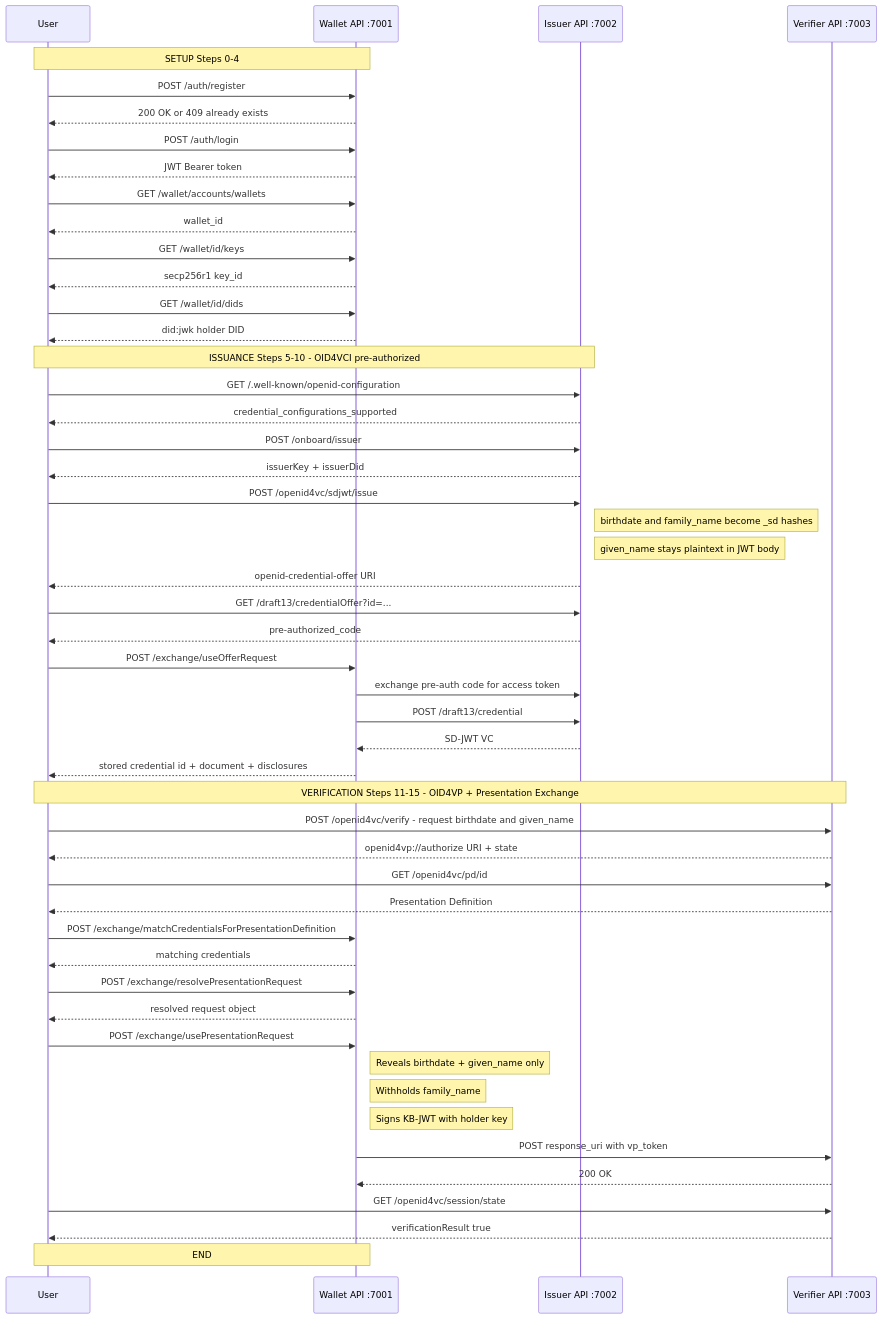
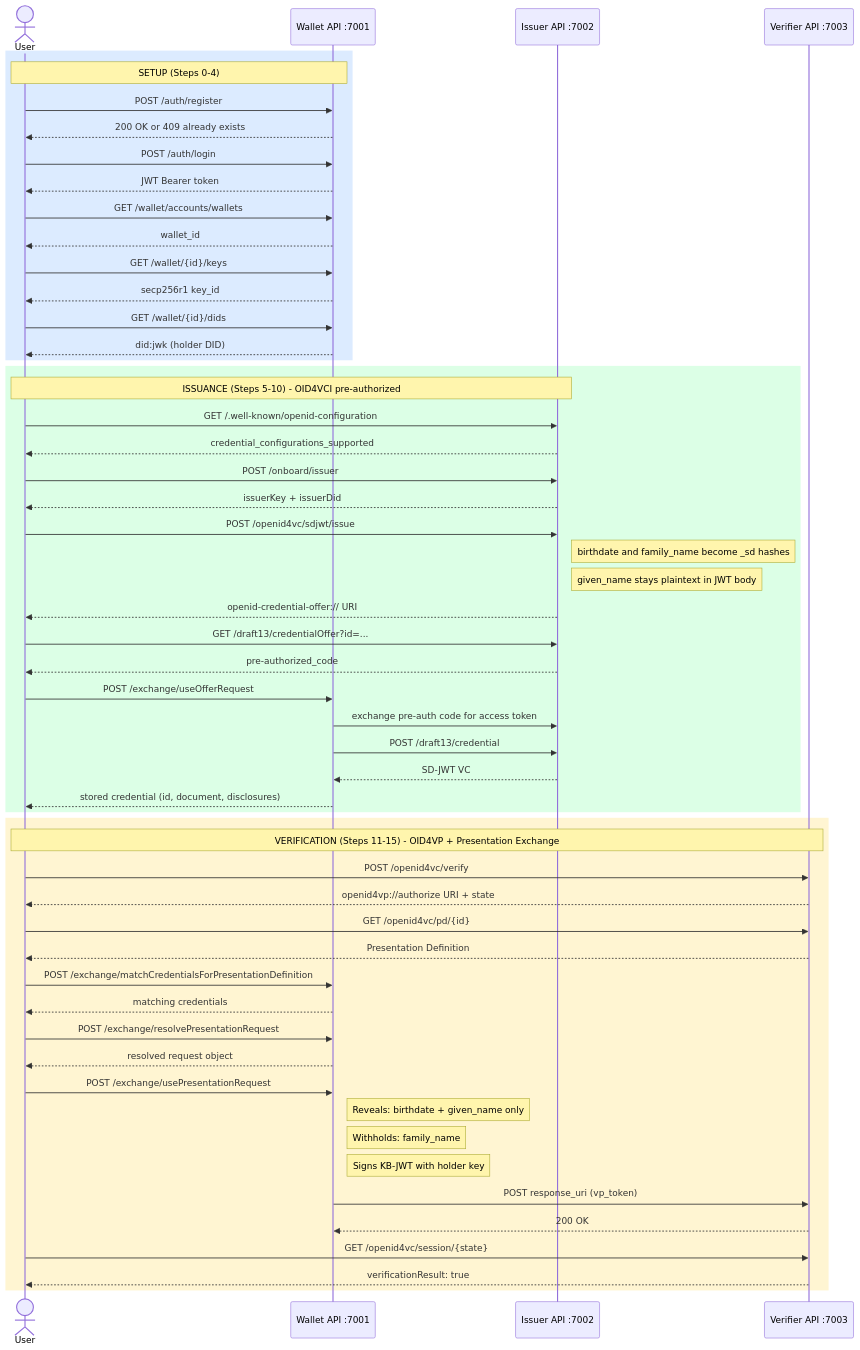
Before and after one commit to sbir3japanlin/waltid-identity: the first of 2 diagrams in local-test/test-sd-jwt-flow.md, drawn with Mermaid. The commit also changed other lines of this file, not shown here.

Commit message:
restore full mermaid v11 syntax (actor, flowchart, rect rgb colors)

````diff
--- a/local-test/test-sd-jwt-flow.md
+++ b/local-test/test-sd-jwt-flow.md
@@ -21,56 +21,60 @@
 ```mermaid
 sequenceDiagram
-    participant User
+    actor User
     participant W as Wallet API :7001
     participant I as Issuer API :7002
     participant V as Verifier API :7003
 
-    Note over User,W: SETUP Steps 0-4
-    User->>W: POST /auth/register
-    W-->>User: 200 OK or 409 already exists
-    User->>W: POST /auth/login
-    W-->>User: JWT Bearer token
-    User->>W: GET /wallet/accounts/wallets
-    W-->>User: wallet_id
-    User->>W: GET /wallet/id/keys
-    W-->>User: secp256r1 key_id
-    User->>W: GET /wallet/id/dids
-    W-->>User: did:jwk holder DID
+    rect rgb(220, 235, 255)
+        Note over User,W: SETUP (Steps 0-4)
+        User->>W: POST /auth/register
+        W-->>User: 200 OK or 409 already exists
+        User->>W: POST /auth/login
+        W-->>User: JWT Bearer token
+        User->>W: GET /wallet/accounts/wallets
+        W-->>User: wallet_id
+        User->>W: GET /wallet/{id}/keys
+        W-->>User: secp256r1 key_id
+        User->>W: GET /wallet/{id}/dids
+        W-->>User: did:jwk (holder DID)
+    end
 
-    Note over User,I: ISSUANCE Steps 5-10 - OID4VCI pre-authorized
-    User->>I: GET /.well-known/openid-configuration
-    I-->>User: credential_configurations_supported
-    User->>I: POST /onboard/issuer
-    I-->>User: issuerKey + issuerDid
-    User->>I: POST /openid4vc/sdjwt/issue
-    Note right of I: birthdate and family_name become _sd hashes
-    Note right of I: given_name stays plaintext in JWT body
-    I-->>User: openid-credential-offer URI
-    User->>I: GET /draft13/credentialOffer?id=...
-    I-->>User: pre-authorized_code
-    User->>W: POST /exchange/useOfferRequest
-    W->>I: exchange pre-auth code for access token
-    W->>I: POST /draft13/credential
-    I-->>W: SD-JWT VC
-    W-->>User: stored credential id + document + disclosures
+    rect rgb(220, 255, 230)
+        Note over User,I: ISSUANCE (Steps 5-10) - OID4VCI pre-authorized
+        User->>I: GET /.well-known/openid-configuration
+        I-->>User: credential_configurations_supported
+        User->>I: POST /onboard/issuer
+        I-->>User: issuerKey + issuerDid
+        User->>I: POST /openid4vc/sdjwt/issue
+        Note right of I: birthdate and family_name become _sd hashes
+        Note right of I: given_name stays plaintext in JWT body
+        I-->>User: openid-credential-offer:// URI
+        User->>I: GET /draft13/credentialOffer?id=...
+        I-->>User: pre-authorized_code
+        User->>W: POST /exchange/useOfferRequest
+        W->>I: exchange pre-auth code for access token
+        W->>I: POST /draft13/credential
+        I-->>W: SD-JWT VC
+        W-->>User: stored credential (id, document, disclosures)
+    end
 
-    Note over User,V: VERIFICATION Steps 11-15 - OID4VP + Presentation Exchange
-    User->>V: POST /openid4vc/verify - request birthdate and given_name
-    V-->>User: openid4vp://authorize URI + state
-    User->>V: GET /openid4vc/pd/id
-    V-->>User: Presentation Definition
-    User->>W: POST /exchange/matchCredentialsForPresentationDefinition
-    W-->>User: matching credentials
-    User->>W: POST /exchange/resolvePresentationRequest
-    W-->>User: resolved request object
-    User->>W: POST /exchange/usePresentationRequest
-    Note right of W: Reveals birthdate + given_name only
-    Note right of W: Withholds family_name
-    Note right of W: Signs KB-JWT with holder key
-    W->>V: POST response_uri with vp_token
-    V-->>W: 200 OK
-    User->>V: GET /openid4vc/session/state
-    V-->>User: verificationResult true
-
-    Note over User,W: END
+    rect rgb(255, 245, 210)
+        Note over User,V: VERIFICATION (Steps 11-15) - OID4VP + Presentation Exchange
+        User->>V: POST /openid4vc/verify
+        V-->>User: openid4vp://authorize URI + state
+        User->>V: GET /openid4vc/pd/{id}
+        V-->>User: Presentation Definition
+        User->>W: POST /exchange/matchCredentialsForPresentationDefinition
+        W-->>User: matching credentials
+        User->>W: POST /exchange/resolvePresentationRequest
+        W-->>User: resolved request object
+        User->>W: POST /exchange/usePresentationRequest
+        Note right of W: Reveals: birthdate + given_name only
+        Note right of W: Withholds: family_name
+        Note right of W: Signs KB-JWT with holder key
+        W->>V: POST response_uri (vp_token)
+        V-->>W: 200 OK
+        User->>V: GET /openid4vc/session/{state}
+        V-->>User: verificationResult: true
+    end
 ```
````
